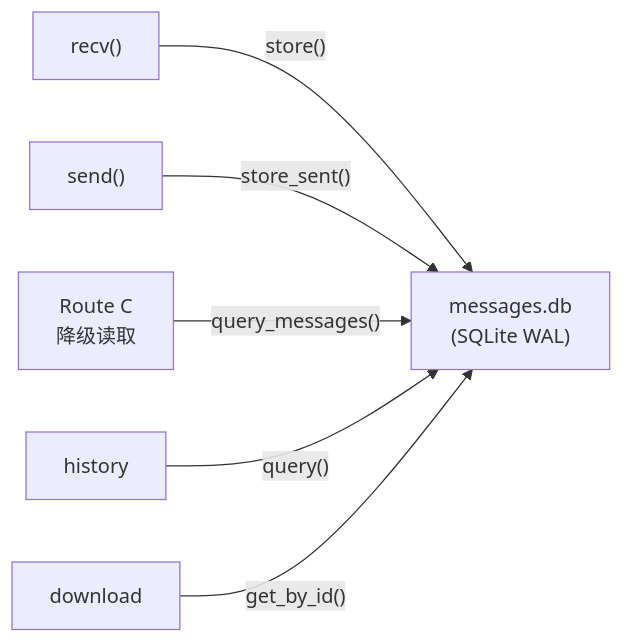
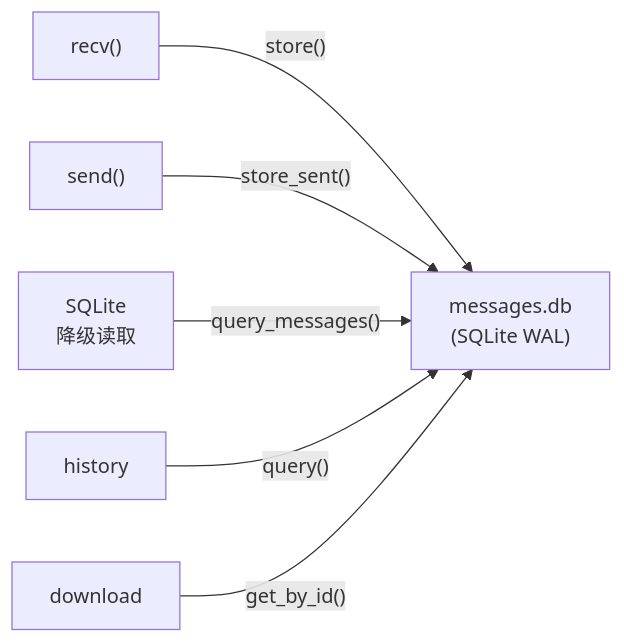
Before and after one commit to Oaklight/weilink: the ninth of 15 diagrams in docs/architecture.md, drawn with Mermaid. The commit also changed other lines of this file and 1 other file, not shown here.

Commit message:
Remove Route C terminology, use descriptive names instead

````diff
--- a/docs/architecture.md
+++ b/docs/architecture.md
@@ -241,8 +241,8 @@
 ```mermaid
 flowchart LR
     recv["recv()"] -->|"store()"| db["messages.db<br/>(SQLite WAL)"]
     send["send()"] -->|"store_sent()"| db
-    fallback["Route C<br/>降级读取"] -->|"query_messages()"| db
+    fallback["SQLite<br/>降级读取"] -->|"query_messages()"| db
     history["history"] -->|"query()"| db
     download["download"] -->|"get_by_id()"| db
 ```
````
